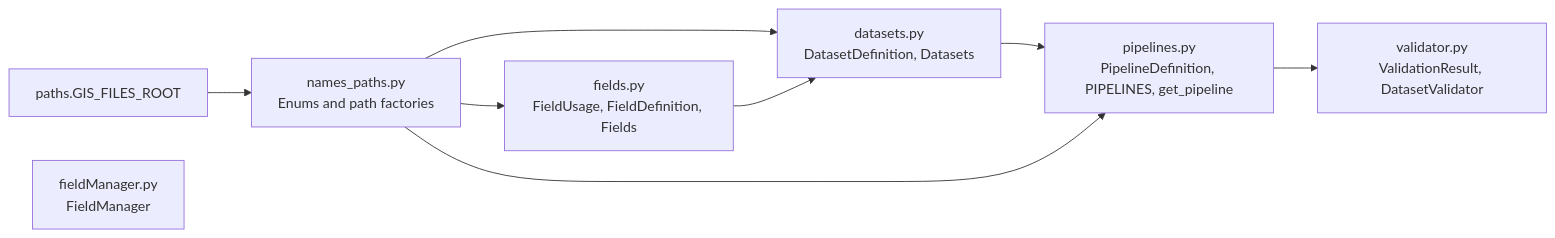
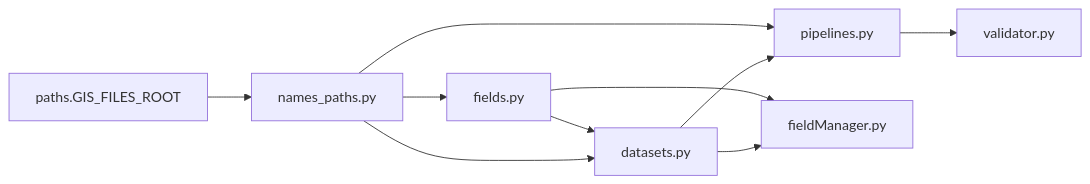
One commit to kartverket/automatisk-generalisering changed the first of 2 diagrams in data_orchestrator_2/documentation/class_dependencies.md. Above: the diagram before and after it, drawn with Mermaid. The commit also changed other lines of this file and 8 other files, not shown here.

````diff
--- a/data_orchestrator_2/documentation/class_dependencies.md
+++ b/data_orchestrator_2/documentation/class_dependencies.md
@@ -36,18 +7,12 @@
 ```mermaid
 flowchart LR
-    Env[paths.GIS_FILES_ROOT]
-    Paths[names_paths.py\nEnums and path factories]
-    Fields[fields.py\nFieldUsage, FieldDefinition, Fields]
-    Datasets[datasets.py\nDatasetDefinition, Datasets]
-    Pipelines[pipelines.py\nPipelineDefinition, PIPELINES, get_pipeline]
-    Validator[validator.py\nValidationResult, DatasetValidator]
-    Manager[fieldManager.py\nFieldManager]
-
-    Env --> Paths
-    Paths --> Fields
-    Paths --> Datasets
+    Root[paths.GIS_FILES_ROOT] --> Paths[names_paths.py]
+    Paths --> Fields[fields.py]
+    Paths --> Datasets[datasets.py]
     Fields --> Datasets
-    Datasets --> Pipelines
+    Datasets --> Pipelines[pipelines.py]
     Paths --> Pipelines
-    Pipelines --> Validator
+    Pipelines --> Validator[validator.py]
+    Datasets --> Manager[fieldManager.py]
+    Fields --> Manager
 ```
````
